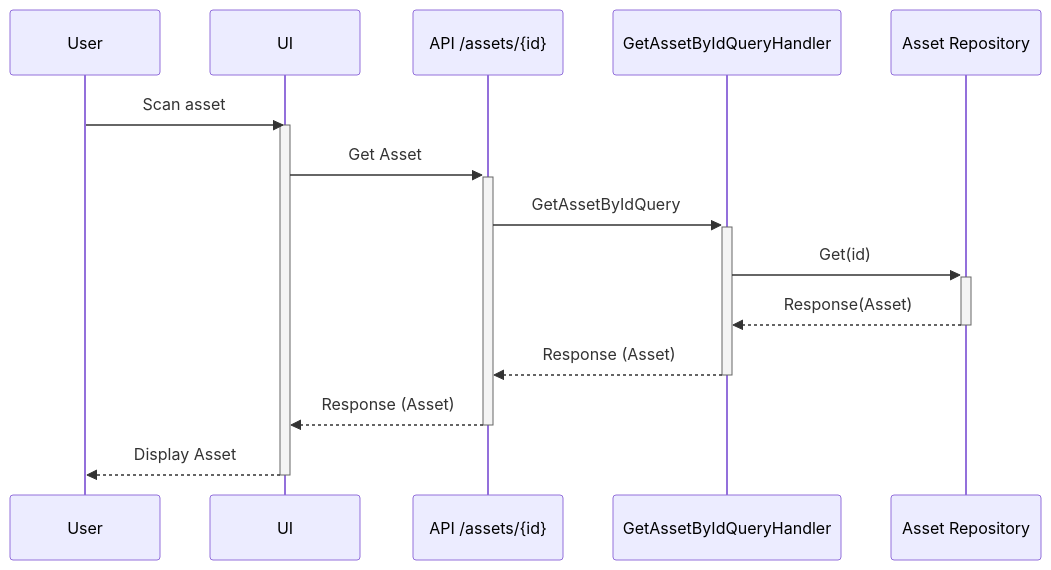
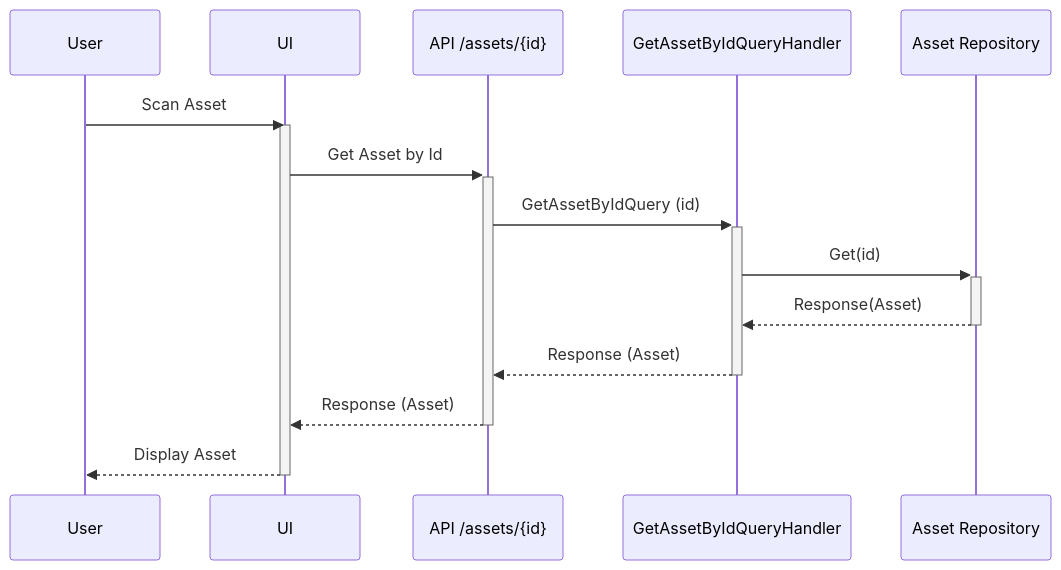
The first of 4 diagrams in docs/sequence-diagrams/read-asset.md (livun/bouvet-asset-hub), drawn with Mermaid before and after one commit. The commit also changed other lines of this file and 7 other files, not shown here.

Commit message:
new sequence diagrams

````diff
--- a/docs/sequence-diagrams/read-asset.md
+++ b/docs/sequence-diagrams/read-asset.md
@@ -3,14 +3,14 @@
 ```mermaid
 sequenceDiagram
-User ->> UI : Scan asset
+User ->> UI : Scan Asset
     Activate UI
-        UI ->>+ API /assets/{id}: Get Asset
-        API /assets/{id} ->>+ GetAssetByIdQueryHandler : GetAssetByIdQuery
+        UI ->>+ API /assets/{id}: Get Asset by Id
+        API /assets/{id} ->>+ GetAssetByIdQueryHandler : GetAssetByIdQuery (id)
         GetAssetByIdQueryHandler ->>+ Asset Repository : Get(id)
         Asset Repository -->>- GetAssetByIdQueryHandler : Response(Asset)
         GetAssetByIdQueryHandler -->>- API /assets/{id} : Response (Asset)
         API /assets/{id} -->>- UI : Response (Asset)
         UI -->> User: Display Asset
     Deactivate UI
 
 ```
````
